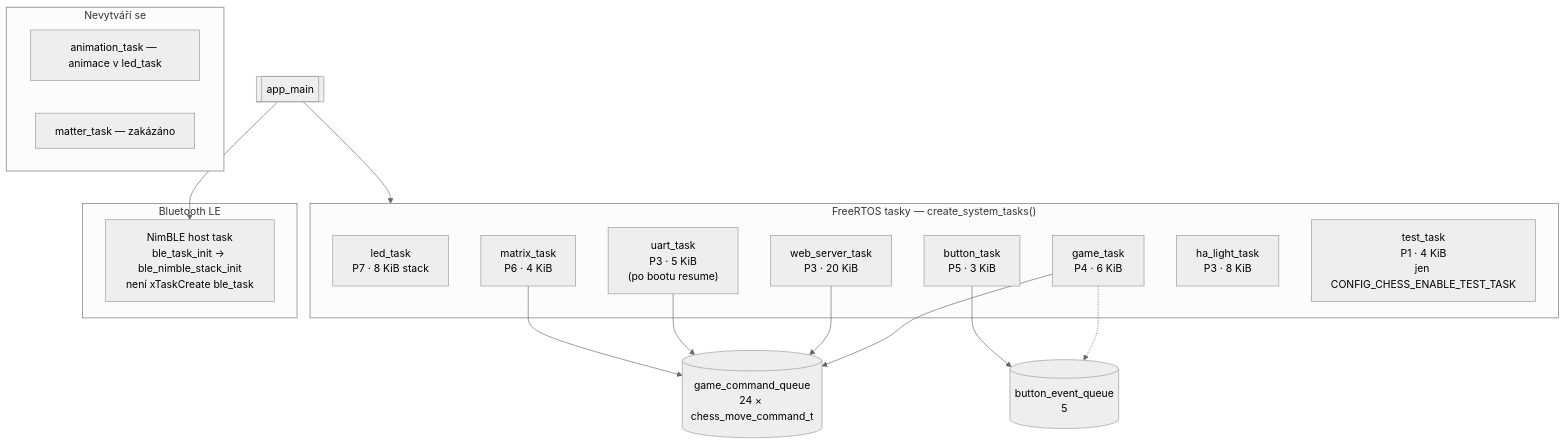
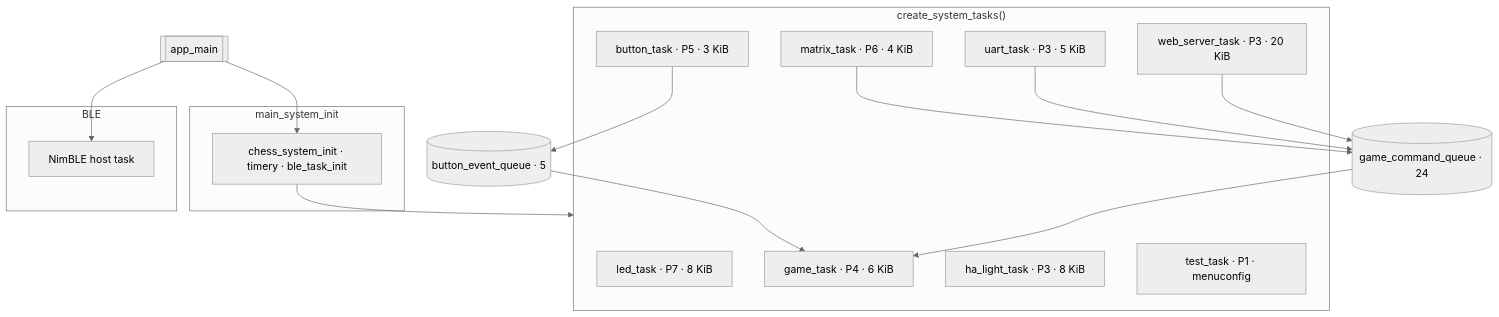
The first of 3 diagrams in README.md (AlfredKrutina/chess_esp32_c6_devkit), drawn with Mermaid (neutral theme) before and after one commit. The commit also changed other lines of this file and 19 other files, not shown here.

First line of the commit message:
docs: struktura docs/, diagramový README a více Mermaid v kořeni

````diff
--- a/README.md
+++ b/README.md
@@ -129,34 +131,34 @@
 ```mermaid
 flowchart TB
-  subgraph Tasks["FreeRTOS tasky — create_system_tasks()"]
-    LED["led_task<br/>P7 · 8 KiB stack"]
-    MAT["matrix_task<br/>P6 · 4 KiB"]
-    BTN["button_task<br/>P5 · 3 KiB"]
-    UART["uart_task<br/>P3 · 5 KiB<br/>(po bootu resume)"]
-    GAME["game_task<br/>P4 · 6 KiB"]
-    WEB["web_server_task<br/>P3 · 20 KiB"]
-    HA["ha_light_task<br/>P3 · 8 KiB"]
-    TEST["test_task<br/>P1 · 4 KiB<br/>jen CONFIG_CHESS_ENABLE_TEST_TASK"]
+  subgraph Init["main_system_init"]
+    SYS["chess_system_init · timery · ble_task_init"]
   end
 
-  subgraph BLE["Bluetooth LE"]
-    NIM["NimBLE host task<br/>ble_task_init → ble_nimble_stack_init<br/>není xTaskCreate ble_task"]
+  subgraph Tasks["create_system_tasks()"]
+    LED["led_task · P7 · 8 KiB"]
+    MAT["matrix_task · P6 · 4 KiB"]
+    BTN["button_task · P5 · 3 KiB"]
+    UART["uart_task · P3 · 5 KiB"]
+    GAME["game_task · P4 · 6 KiB"]
+    WEB["web_server_task · P3 · 20 KiB"]
+    HA["ha_light_task · P3 · 8 KiB"]
+    TEST["test_task · P1 · menuconfig"]
   end
 
-  subgraph Disabled["Nevytváří se"]
-    ANIM["animation_task — animace v led_task"]
-    MATTER["matter_task — zakázáno"]
+  subgraph BLE["BLE"]
+    NIM["NimBLE host task"]
   end
 
-  MAIN[["app_main"]] --> Tasks
+  MAIN[["app_main"]] --> SYS
+  SYS --> Tasks
   MAIN --> NIM
 
-  GQ[("game_command_queue<br/>24 × chess_move_command_t")]
-  BQ[("button_event_queue<br/>5")]
+  GQ[("game_command_queue · 24")]
+  BQ[("button_event_queue · 5")]
   MAT --> GQ
   BTN --> BQ
   UART --> GQ
   WEB --> GQ
-  GAME --> GQ
-  GAME -.-> BQ
+  BQ --> GAME
+  GQ --> GAME
 ```
````
